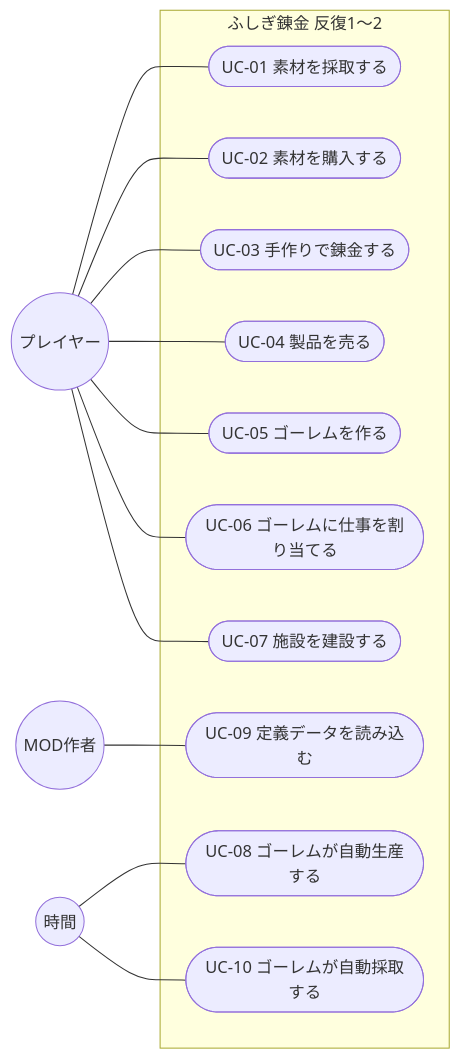
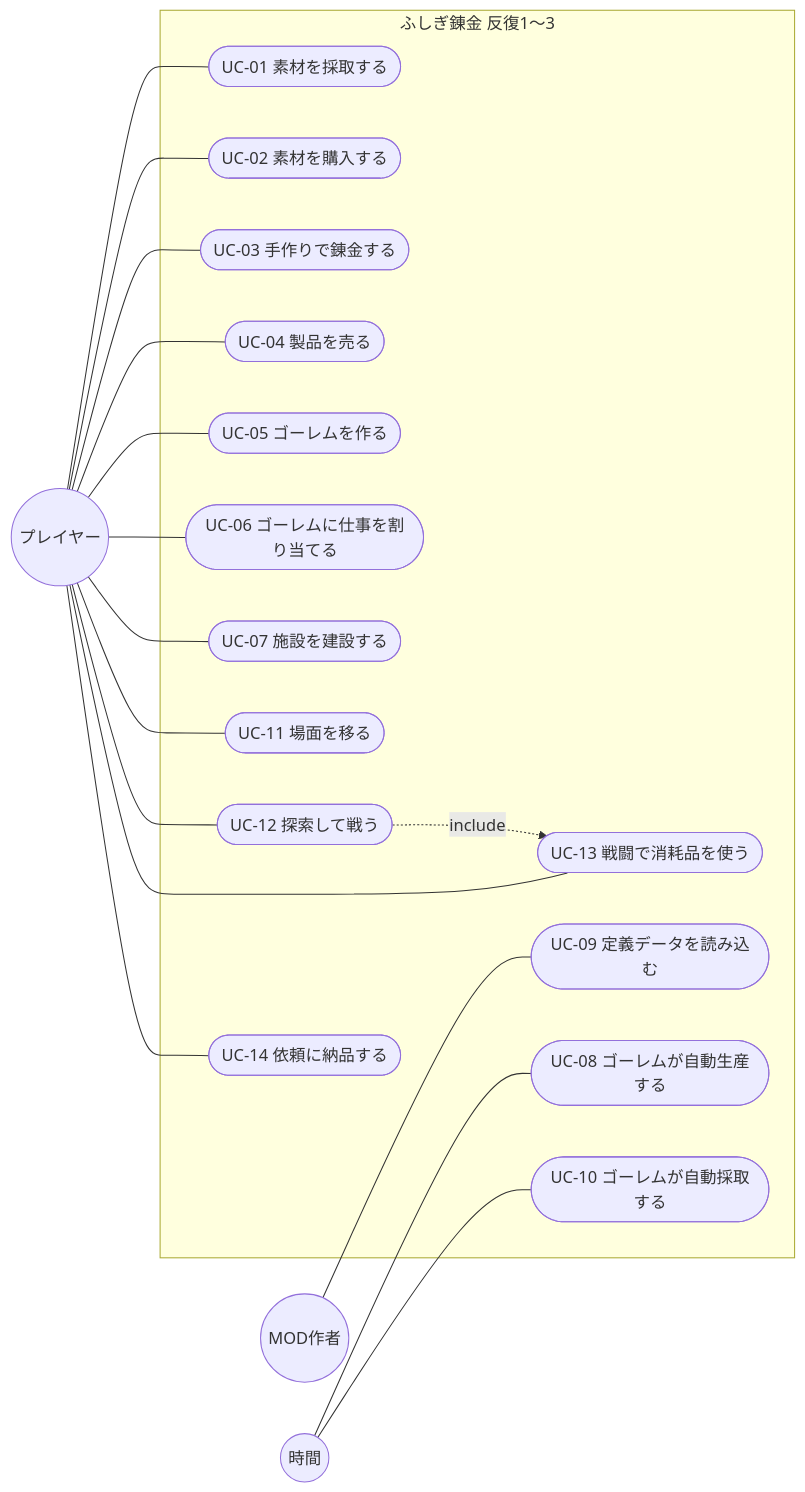
Before and after one commit to sakana396/fushigi_renkin: the diagram in docs/02_requirements/use-cases.md, drawn with Mermaid. The commit also changed other lines of this file and 2 other files, not shown here.

````diff
--- a/docs/02_requirements/use-cases.md
+++ b/docs/02_requirements/use-cases.md
@@ -18,28 +18,37 @@
 ```mermaid
 flowchart LR
   P((プレイヤー))
   M((MOD作者))
   T((時間))
-  subgraph ふしぎ錬金[ふしぎ錬金 反復1〜2]
+  subgraph ふしぎ錬金[ふしぎ錬金 反復1〜3]
     UC01([UC-01 素材を採取する])
     UC02([UC-02 素材を購入する])
     UC03([UC-03 手作りで錬金する])
     UC04([UC-04 製品を売る])
     UC05([UC-05 ゴーレムを作る])
     UC06([UC-06 ゴーレムに仕事を割り当てる])
     UC07([UC-07 施設を建設する])
     UC08([UC-08 ゴーレムが自動生産する])
     UC09([UC-09 定義データを読み込む])
     UC10([UC-10 ゴーレムが自動採取する])
+    UC11([UC-11 場面を移る])
+    UC12([UC-12 探索して戦う])
+    UC13([UC-13 戦闘で消耗品を使う])
+    UC14([UC-14 依頼に納品する])
   end
   P --- UC01
   P --- UC02
   P --- UC03
   P --- UC04
   P --- UC05
   P --- UC06
   P --- UC07
   T --- UC08
   T --- UC10
+  P --- UC11
+  P --- UC12
+  P --- UC13
+  P --- UC14
+  UC12 -. include .-> UC13
   M --- UC09
 ```
````
